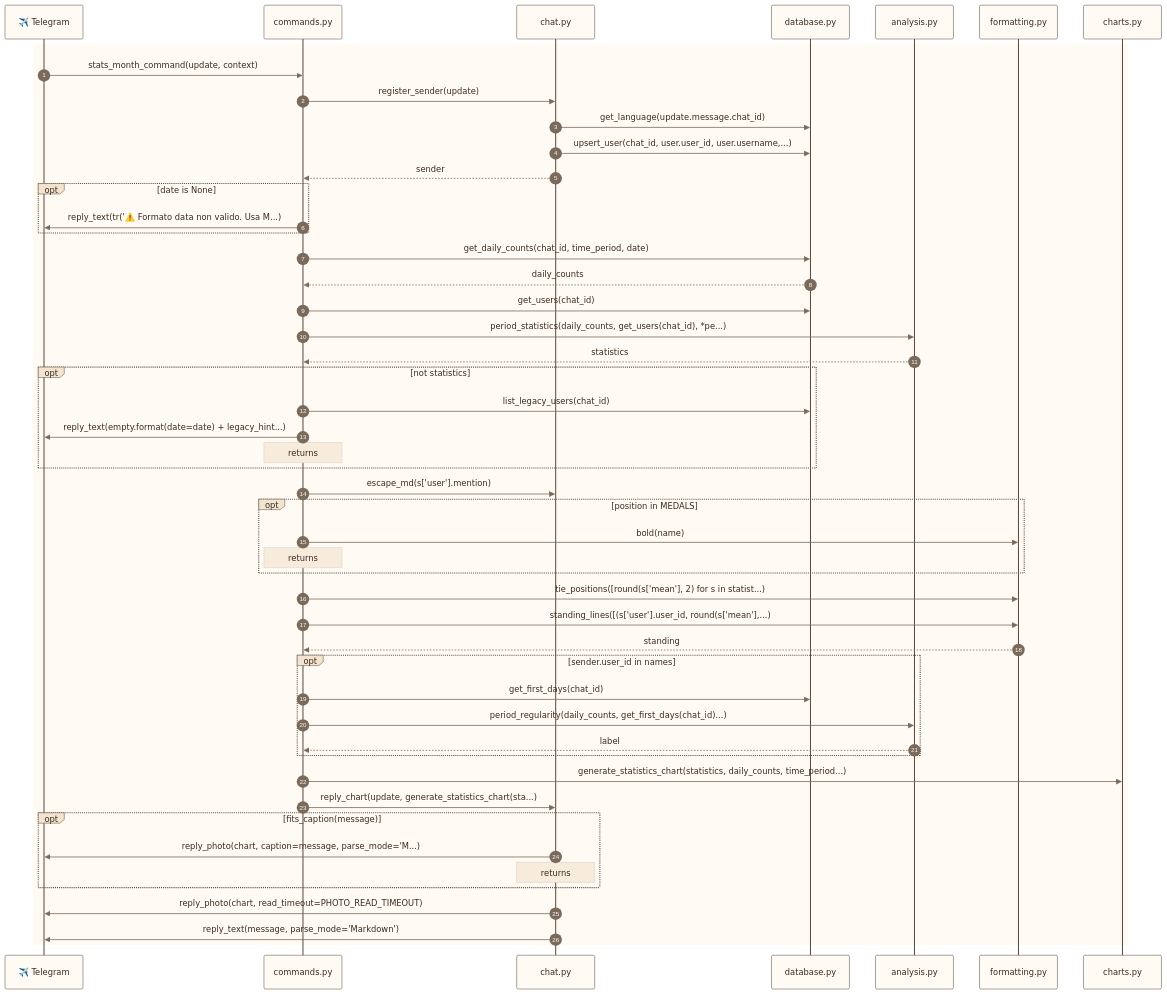
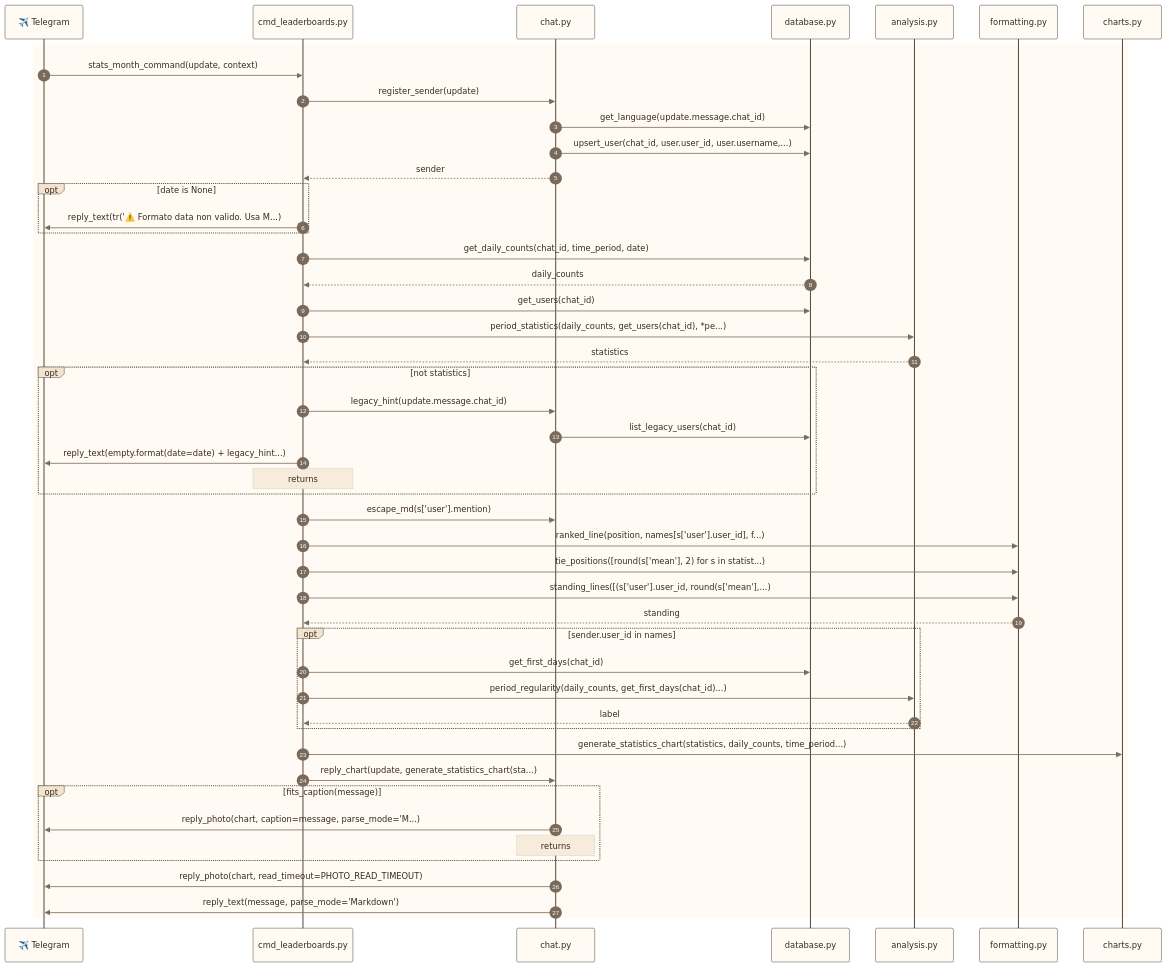
The eighth of 42 diagrams in docs/use_cases.md (francescoperrino/Caccometro), drawn with Mermaid before and after one commit. The commit also changed other lines of this file and 30 other files, not shown here.

```diff
--- a/docs/use_cases.md
+++ b/docs/use_cases.md
@@ -623,49 +619,47 @@
 ---
 sequenceDiagram
     accTitle: Sequence diagram, /stats_month (/statistiche_mese)
-    accDescr: The calls between the modules in time order, starting from commands.stats_month_command
+    accDescr: The calls between the modules in time order, starting from cmd_leaderboards.stats_month_command
     autonumber
     participant telegram as ✈️ Telegram
-    participant commands as commands.py
+    participant cmd_leaderboards as cmd_leaderboards.py
     participant chat as chat.py
     participant database as database.py
     participant analysis as analysis.py
     participant formatting as formatting.py
     participant charts as charts.py
     rect rgb(255, 250, 243)
-        telegram->>commands: stats_month_command(update, context)
-        commands->>chat: register_sender(update)
+        telegram->>cmd_leaderboards: stats_month_command(update, context)
+        cmd_leaderboards->>chat: register_sender(update)
         chat->>database: get_language(update.message.chat_id)
         chat->>database: upsert_user(chat_id, user.user_id, user.username,...)
-        chat-->>commands: sender
+        chat-->>cmd_leaderboards: sender
         opt date is None
-            commands->>telegram: reply_text(tr('⚠️ Formato data non valido. Usa M...)
+            cmd_leaderboards->>telegram: reply_text(tr('⚠️ Formato data non valido. Usa M...)
         end
-        commands->>database: get_daily_counts(chat_id, time_period, date)
-        database-->>commands: daily_counts
-        commands->>database: get_users(chat_id)
-        commands->>analysis: period_statistics(daily_counts, get_users(chat_id), *pe...)
-        analysis-->>commands: statistics
+        cmd_leaderboards->>database: get_daily_counts(chat_id, time_period, date)
+        database-->>cmd_leaderboards: daily_counts
+        cmd_leaderboards->>database: get_users(chat_id)
+        cmd_leaderboards->>analysis: period_statistics(daily_counts, get_users(chat_id), *pe...)
+        analysis-->>cmd_leaderboards: statistics
         opt not statistics
-            commands->>database: list_legacy_users(chat_id)
-            commands->>telegram: reply_text(empty.format(date=date) + legacy_hint...)
-            Note over commands: returns
+            cmd_leaderboards->>chat: legacy_hint(update.message.chat_id)
+            chat->>database: list_legacy_users(chat_id)
+            cmd_leaderboards->>telegram: reply_text(empty.format(date=date) + legacy_hint...)
+            Note over cmd_leaderboards: returns
         end
-        commands->>chat: escape_md(s['user'].mention)
-        opt position in MEDALS
-            commands->>formatting: bold(name)
-            Note over commands: returns
+        cmd_leaderboards->>chat: escape_md(s['user'].mention)
+        cmd_leaderboards->>formatting: ranked_line(position, names[s['user'].user_id], f...)
+        cmd_leaderboards->>formatting: tie_positions([round(s['mean'], 2) for s in statist...)
+        cmd_leaderboards->>formatting: standing_lines([(s['user'].user_id, round(s['mean'],...)
+        formatting-->>cmd_leaderboards: standing
+        opt sender.user_id in names
+            cmd_leaderboards->>database: get_first_days(chat_id)
+            cmd_leaderboards->>analysis: period_regularity(daily_counts, get_first_days(chat_id)...)
+            analysis-->>cmd_leaderboards: label
         end
-        commands->>formatting: tie_positions([round(s['mean'], 2) for s in statist...)
-        commands->>formatting: standing_lines([(s['user'].user_id, round(s['mean'],...)
-        formatting-->>commands: standing
-        opt sender.user_id in names
-            commands->>database: get_first_days(chat_id)
-            commands->>analysis: period_regularity(daily_counts, get_first_days(chat_id)...)
-            analysis-->>commands: label
-        end
-        commands->>charts: generate_statistics_chart(statistics, daily_counts, time_period...)
-        commands->>chat: reply_chart(update, generate_statistics_chart(sta...)
+        cmd_leaderboards->>charts: generate_statistics_chart(statistics, daily_counts, time_period...)
+        cmd_leaderboards->>chat: reply_chart(update, generate_statistics_chart(sta...)
         opt fits_caption(message)
             chat->>telegram: reply_photo(chart, caption=message, parse_mode='M...)
             Note over chat: returns
```
